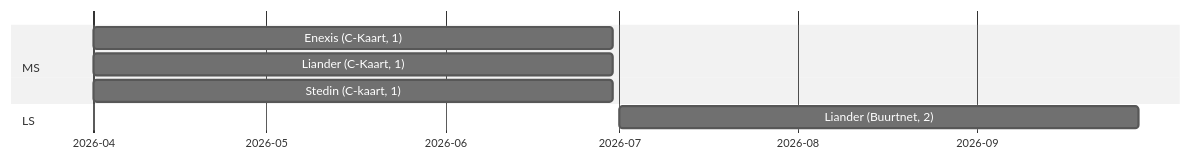
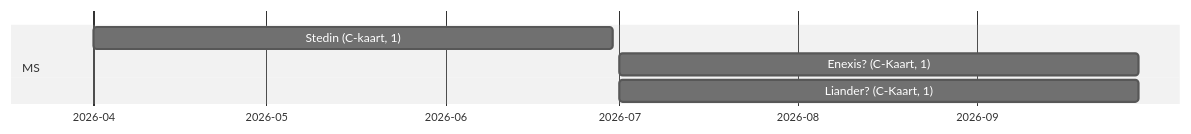
One commit to Netbeheer-Nederland/presentations changed the sixth of 6 diagrams in src/profile-group-20250113/index.adoc. Above: the diagram before and after it, drawn with Mermaid. The commit also changed other lines of this file, not shown here.

```diff
--- a/src/profile-group-20250113/index.adoc
+++ b/src/profile-group-20250113/index.adoc
@@ -298,15 +285,12 @@
 [mermaid]
 ----
 %%{init: {"theme":"neutral"}}%%
 gantt
     dateFormat  YYYY-MM-DD
     axisFormat  %Y-%m
 
     section MS
-    Enexis (C-Kaart, 1) :2026-04-01, 90d
-    Liander (C-Kaart, 1) :2026-04-01, 90d
     Stedin (C-kaart, 1) :2026-04-01, 90d
-
-    section LS
-    Liander (Buurtnet, 2) :2026-07-01, 90d
+    Enexis? (C-Kaart, 1) :2026-07-01, 90d
+    Liander? (C-Kaart, 1) :2026-07-01, 90d
 ----
```
